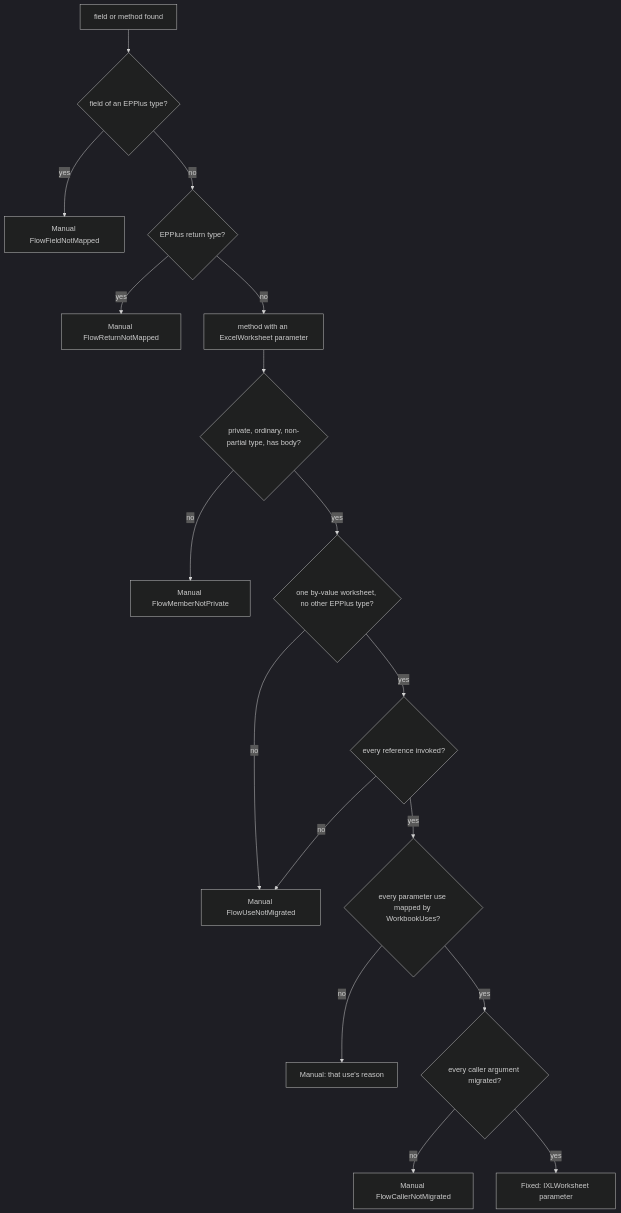
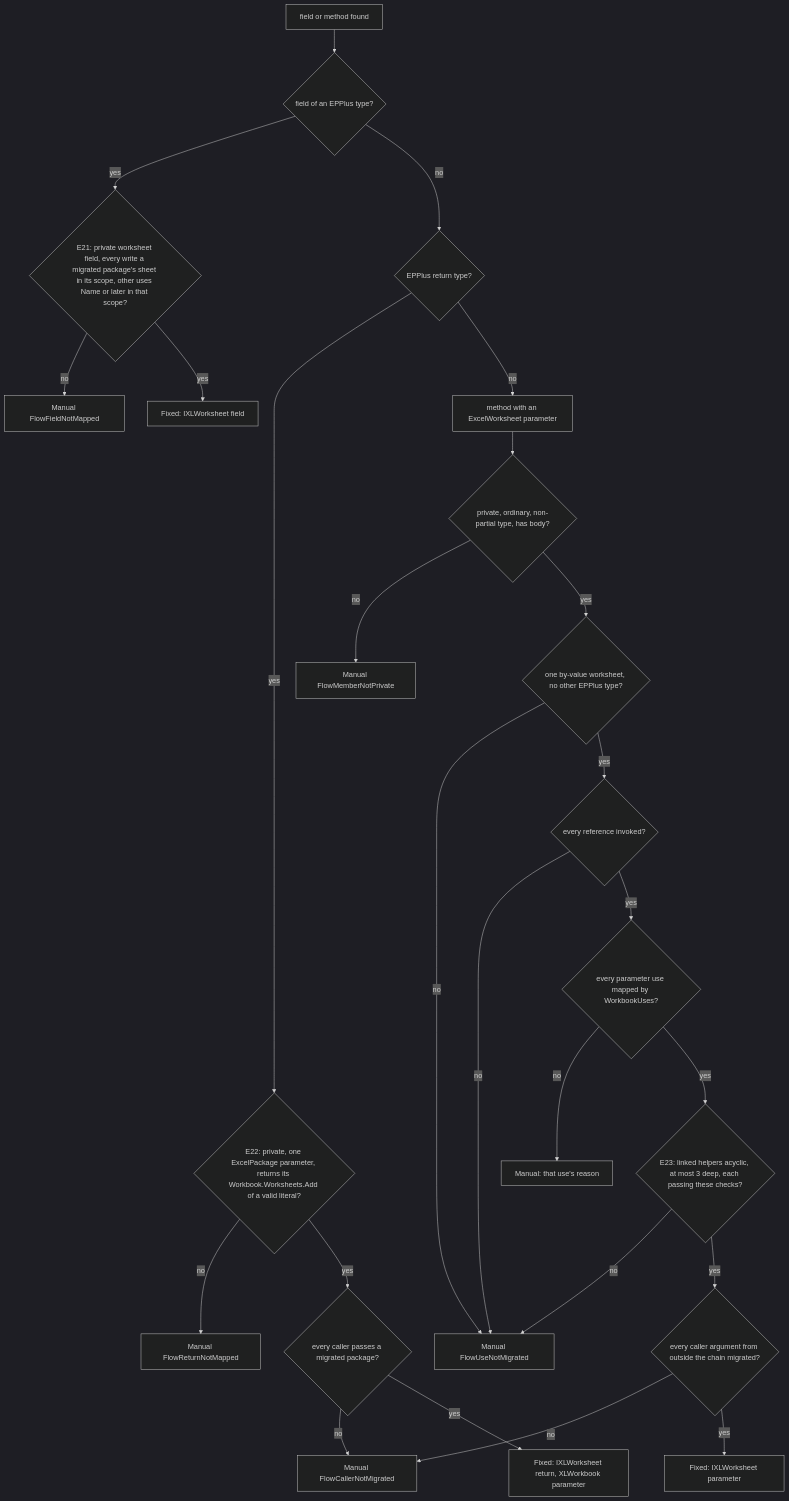
One commit to ATkingma/unshackle changed the third of 3 diagrams in docs/projectinfo/patterns/epplus-flow-types-modellen.md. Above: the diagram before and after it, drawn with Mermaid (dark theme). The commit also changed other lines of this file and 33 other files, not shown here.

First line of the commit message:
EPPlus flow types: helper chains, first Fixed field and return, one row per node (TAAK-336, council E21-E24)

````diff
--- a/docs/projectinfo/patterns/epplus-flow-types-modellen.md
+++ b/docs/projectinfo/patterns/epplus-flow-types-modellen.md
@@ -36,19 +38,27 @@
 ```mermaid
 flowchart TD
     Z[field or method found] --> Y{field of an EPPlus type?}
-    Y -- yes --> MF[Manual FlowFieldNotMapped]
+    Y -- yes --> YF{E21: private worksheet field, every write a migrated package's sheet in its scope, other uses Name or later in that scope?}
+    YF -- no --> MF[Manual FlowFieldNotMapped]
+    YF -- yes --> OKF[Fixed: IXLWorksheet field]
     Y -- no --> X{EPPlus return type?}
-    X -- yes --> MR[Manual FlowReturnNotMapped]
+    X -- yes --> XR{E22: private, one ExcelPackage parameter, returns its Workbook.Worksheets.Add of a valid literal?}
+    XR -- no --> MR[Manual FlowReturnNotMapped]
+    XR -- yes --> XC{every caller passes a migrated package?}
+    XC -- no --> M4
+    XC -- yes --> OKR[Fixed: IXLWorksheet return, XLWorkbook parameter]
     X -- no --> A
     A[method with an ExcelWorksheet parameter] --> B{private, ordinary, non-partial type, has body?}
     B -- no --> M1[Manual FlowMemberNotPrivate]
     B -- yes --> C{one by-value worksheet, no other EPPlus type?}
     C -- no --> M2[Manual FlowUseNotMigrated]
     C -- yes --> D{every reference invoked?}
     D -- no --> M2
     D -- yes --> E{every parameter use mapped by WorkbookUses?}
     E -- no --> M3[Manual: that use's reason]
-    E -- yes --> F{every caller argument migrated?}
+    E -- yes --> G{E23: linked helpers acyclic, at most 3 deep, each passing these checks?}
+    G -- no --> M2
+    G -- yes --> F{every caller argument from outside the chain migrated?}
     F -- no --> M4[Manual FlowCallerNotMigrated]
     F -- yes --> OK[Fixed: IXLWorksheet parameter]
 ```
````
